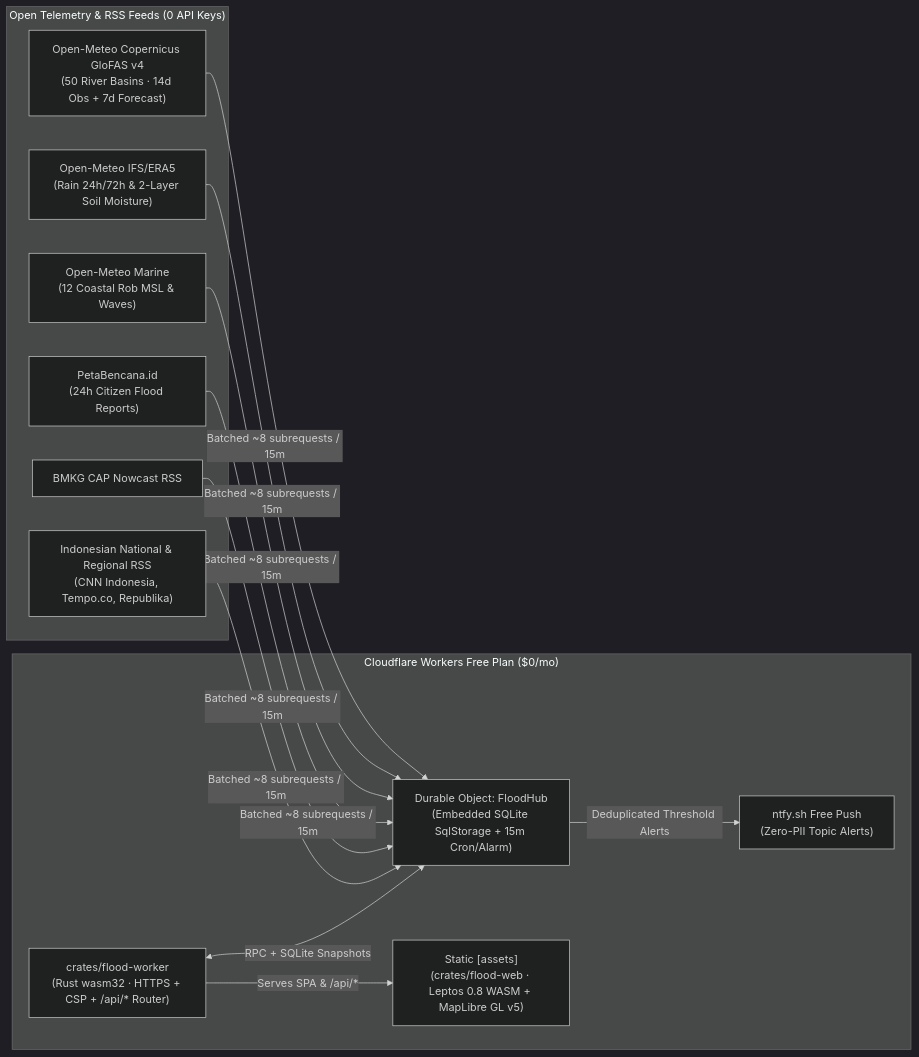
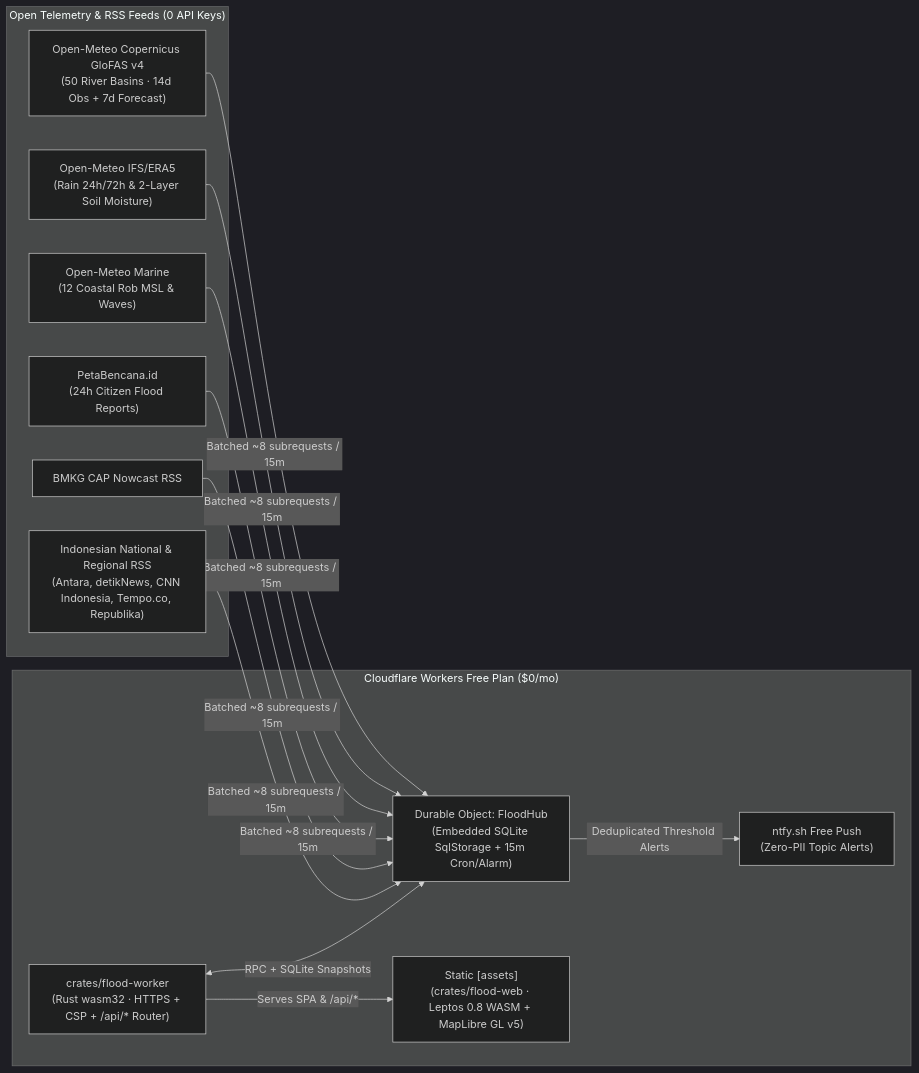
Before and after one commit to gisrad/flood-map-in-rust: the diagram in README.md, drawn with Mermaid (dark theme). The commit also changed other lines of this file and 111 other files, not shown here.

````diff
--- a/README.md
+++ b/README.md
@@ -11,23 +13,23 @@
 ```mermaid
 flowchart LR
     subgraph Upstream["Open Telemetry & RSS Feeds (0 API Keys)"]
         GL["Open-Meteo Copernicus GloFAS v4\n(50 River Basins · 14d Obs + 7d Forecast)"]
         WX["Open-Meteo IFS/ERA5\n(Rain 24h/72h & 2-Layer Soil Moisture)"]
         MR["Open-Meteo Marine\n(12 Coastal Rob MSL & Waves)"]
         PB["PetaBencana.id\n(24h Citizen Flood Reports)"]
         BM["BMKG CAP Nowcast RSS"]
-        NW["Indonesian National & Regional RSS\n(CNN Indonesia, Tempo.co, Republika)"]
+        NW["Indonesian National & Regional RSS\n(Antara, detikNews, CNN Indonesia, Tempo.co, Republika)"]
     end
 
     subgraph Edge["Cloudflare Workers Free Plan ($0/mo)"]
         WK["crates/flood-worker\n(Rust wasm32 · HTTPS + CSP + /api/* Router)"]
         DO["Durable Object: FloodHub\n(Embedded SQLite SqlStorage + 15m Cron/Alarm)"]
         AS["Static [assets]\n(crates/flood-web · Leptos 0.8 WASM + MapLibre GL v5)"]
         NT["ntfy.sh Free Push\n(Zero-PII Topic Alerts)"]
     end
 
     GL & WX & MR & PB & BM & NW -->|"Batched ~8 subrequests / 15m"| DO
     WK <-->|"RPC + SQLite Snapshots"| DO
     WK -->|"Serves SPA & /api/*"| AS
     DO -->|"Deduplicated Threshold Alerts"| NT
 ```
````
